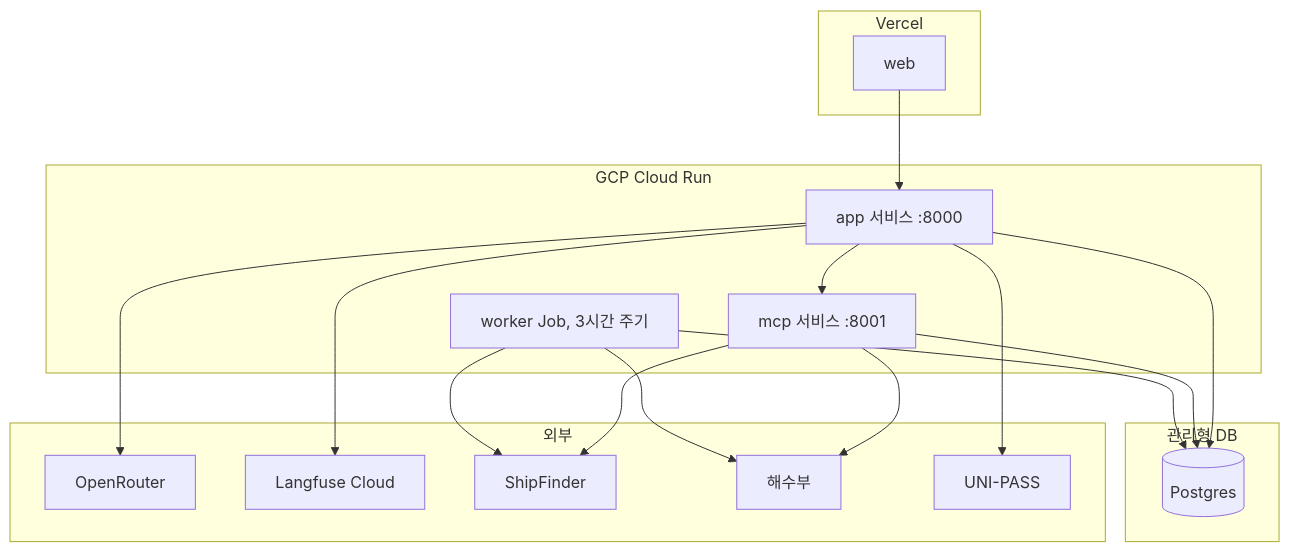
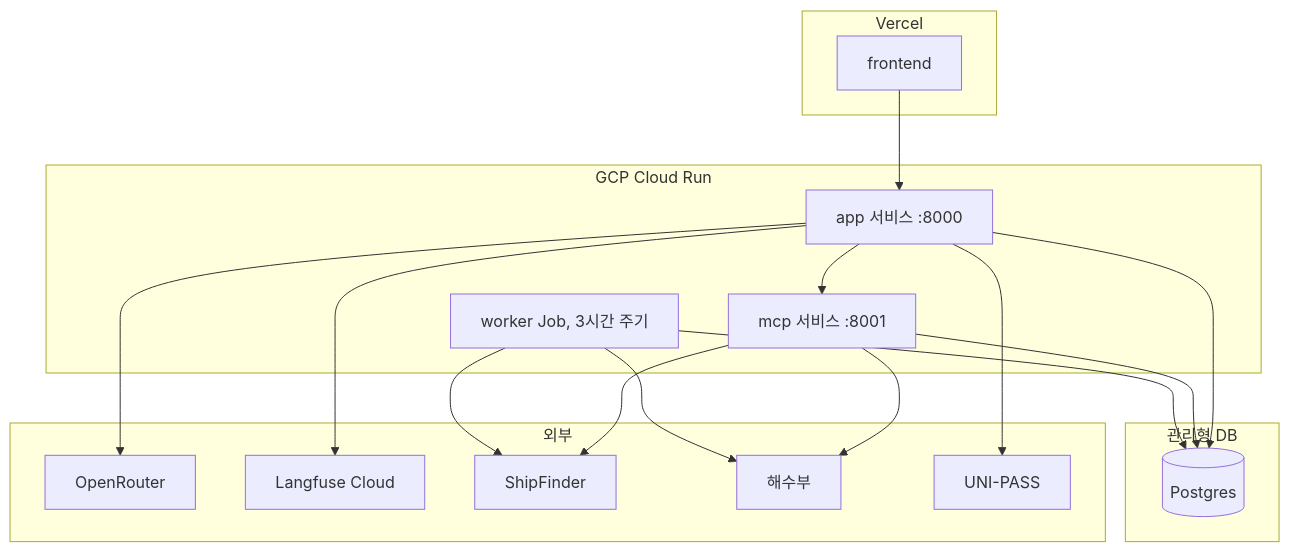
Before and after one commit to HJU5022/Marvia: the second of 3 diagrams in docs/Marvia_SDD.md, drawn with Mermaid. The commit also changed other lines of this file and 4 other files, not shown here.

````diff
--- a/docs/Marvia_SDD.md
+++ b/docs/Marvia_SDD.md
@@ -114,33 +127,33 @@
 ```mermaid
 flowchart TB
   subgraph vercel["Vercel"]
-    W["web"]
+    W["frontend"]
   end
   subgraph gcp["GCP Cloud Run"]
     A["app 서비스 :8000"]
     M["mcp 서비스 :8001"]
     J["worker Job, 3시간 주기"]
   end
   subgraph db["관리형 DB"]
     DB[("Postgres")]
   end
   subgraph ext["외부"]
     OR["OpenRouter"]
     LF["Langfuse Cloud"]
     SF["ShipFinder"]
     MOF["해수부"]
     UP["UNI-PASS"]
   end
   W --> A
   A --> M
   A --> UP
   A --> OR
   A --> LF
   M --> SF
   M --> MOF
   J --> SF
   J --> MOF
   A --> DB
   M --> DB
   J --> DB
 ```
````
